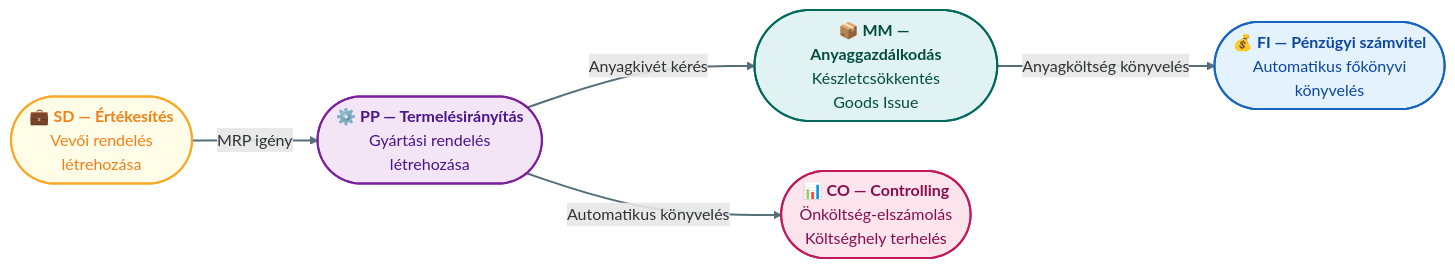
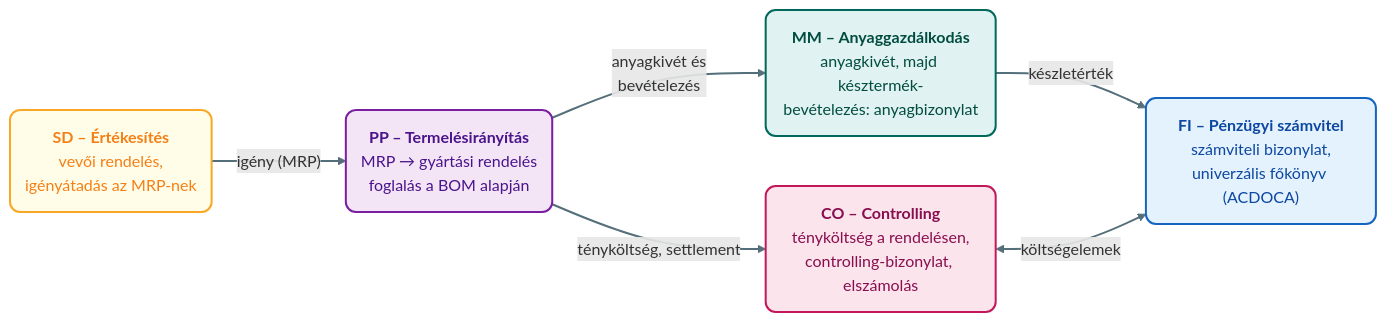
Before and after one commit to denespocsik/MM_BSC_Zarovizsga: the third of 3 diagrams in Tételek/V14-GMXIV2MBLF-SAP S4HANA struktúra és modulok.tétel.md, drawn with Mermaid. The commit also changed other lines of this file and 2 other files, not shown here.

First line of the commit message:
docs(V14): V14 tétel revíziója a Novák segédanyag és a Global Bike diasorok alapján

````diff
--- a/Tételek/V14-GMXIV2MBLF-SAP S4HANA struktúra és modulok.tétel.md
+++ b/Tételek/V14-GMXIV2MBLF-SAP S4HANA struktúra és modulok.tétel.md
@@ -115,21 +193,22 @@
 ```mermaid
 flowchart LR
-    SD(["💼 <b>SD — Értékesítés</b><br/>Vevői rendelés<br/>létrehozása"]):::sarga
-    PP(["⚙️ <b>PP — Termelésirányítás</b><br/>Gyártási rendelés<br/>létrehozása"]):::lila
-    MM(["📦 <b>MM — Anyaggazdálkodás</b><br/>Készletcsökkentés<br/>Goods Issue"]):::turkiz
-    CO(["📊 <b>CO — Controlling</b><br/>Önköltség-elszámolás<br/>Költséghely terhelés"]):::rozsa
-    FI(["💰 <b>FI — Pénzügyi számvitel</b><br/>Automatikus főkönyvi<br/>könyvelés"]):::kek
+    SD("<b>SD – Értékesítés</b><br/>vevői rendelés,<br/>igényátadás az MRP-nek"):::sarga
+    PP("<b>PP – Termelésirányítás</b><br/>MRP → gyártási rendelés<br/>foglalás a BOM alapján"):::lila
+    MM("<b>MM – Anyaggazdálkodás</b><br/>anyagkivét, majd késztermék-<br/>bevételezés: anyagbizonylat"):::turkiz
+    CO("<b>CO – Controlling</b><br/>tényköltség a rendelésen,<br/>controlling-bizonylat, elszámolás"):::rozsa
+    FI("<b>FI – Pénzügyi számvitel</b><br/>számviteli bizonylat,<br/>univerzális főkönyv (ACDOCA)"):::kek
 
-    SD -->|"MRP igény"| PP
-    PP -->|"Anyagkivét kérés"| MM
-    PP -->|"Automatikus könyvelés"| CO
-    MM -->|"Anyagköltség könyvelés"| FI
+    SD -->|"igény (MRP)"| PP
+    PP -->|"anyagkivét és<br/>bevételezés"| MM
+    PP -->|"tényköltség, settlement"| CO
+    MM -->|"készletérték"| FI
+    CO <-->|"költségelemek"| FI
 
     classDef kek    fill:#e3f2fd,stroke:#1565c0,stroke-width:2px,color:#0d47a1,rx:10,ry:10;
     classDef rozsa  fill:#fce4ec,stroke:#c2185b,stroke-width:2px,color:#880e4f,rx:10,ry:10;
     classDef lila   fill:#f3e5f5,stroke:#7b1fa2,stroke-width:2px,color:#4a148c,rx:10,ry:10;
     classDef turkiz fill:#e0f2f1,stroke:#00695c,stroke-width:2px,color:#004d40,rx:10,ry:10;
     classDef sarga  fill:#fffde7,stroke:#f9a825,stroke-width:2px,color:#f57f17,rx:10,ry:10;
 
     linkStyle default stroke:#546e7a,stroke-width:2px;
 ```
````
